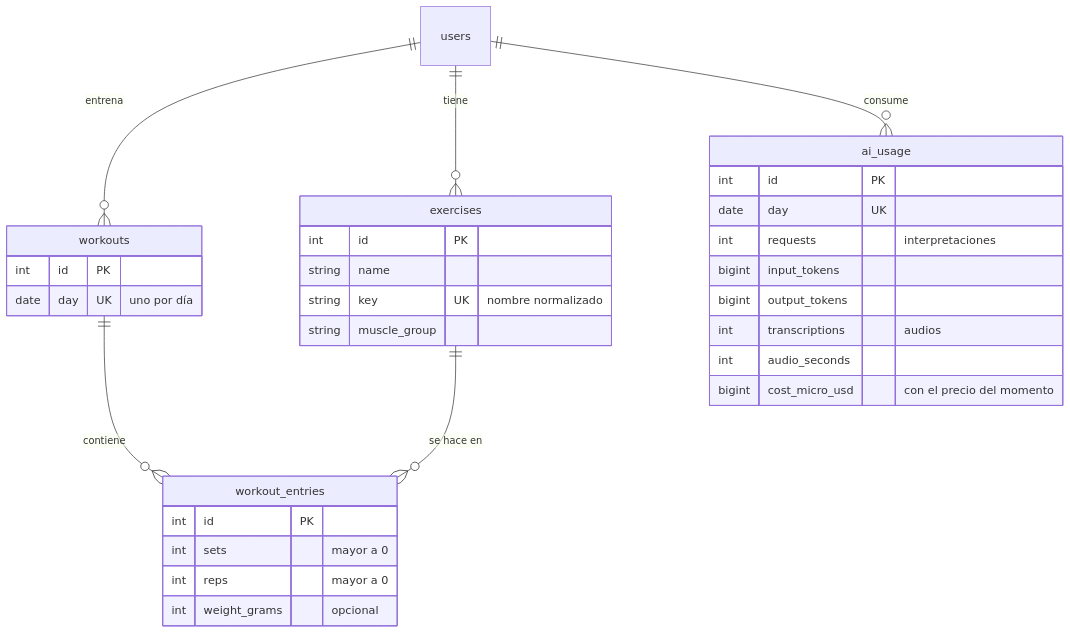
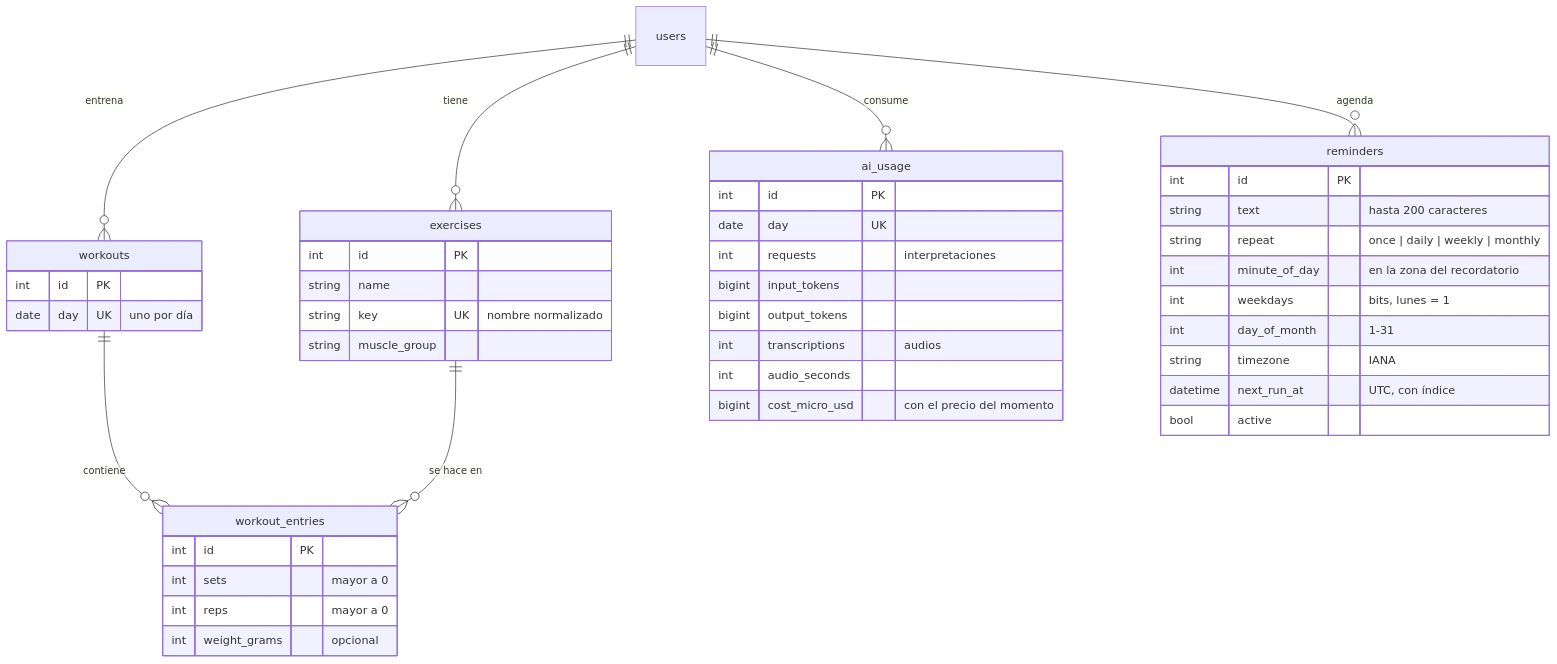
The fourth of 4 diagrams in docs/ARCHITECTURE.md (leocaimmi/Bot-Assistant-), drawn with Mermaid before and after one commit. The commit also changed other lines of this file and 1 other file, not shown here.

Commit message:
docs: add the help menu, voice edits and reminders to the plan

````diff
--- a/docs/ARCHITECTURE.md
+++ b/docs/ARCHITECTURE.md
@@ -169,35 +179,47 @@
 ```mermaid
 erDiagram
     users ||--o{ exercises : tiene
     users ||--o{ workouts : entrena
     workouts ||--o{ workout_entries : contiene
     exercises ||--o{ workout_entries : "se hace en"
     users ||--o{ ai_usage : consume
+    users ||--o{ reminders : agenda
 
     exercises {
         int id PK
         string name
         string key UK "nombre normalizado"
         string muscle_group
     }
     workouts {
         int id PK
         date day UK "uno por día"
     }
     workout_entries {
         int id PK
         int sets "mayor a 0"
         int reps "mayor a 0"
         int weight_grams "opcional"
     }
     ai_usage {
         int id PK
         date day UK
         int requests "interpretaciones"
         bigint input_tokens
         bigint output_tokens
         int transcriptions "audios"
         int audio_seconds
         bigint cost_micro_usd "con el precio del momento"
     }
+    reminders {
+        int id PK
+        string text "hasta 200 caracteres"
+        string repeat "once | daily | weekly | monthly"
+        int minute_of_day "en la zona del recordatorio"
+        int weekdays "bits, lunes = 1"
+        int day_of_month "1-31"
+        string timezone "IANA"
+        datetime next_run_at "UTC, con índice"
+        bool active
+    }
 ```
````
